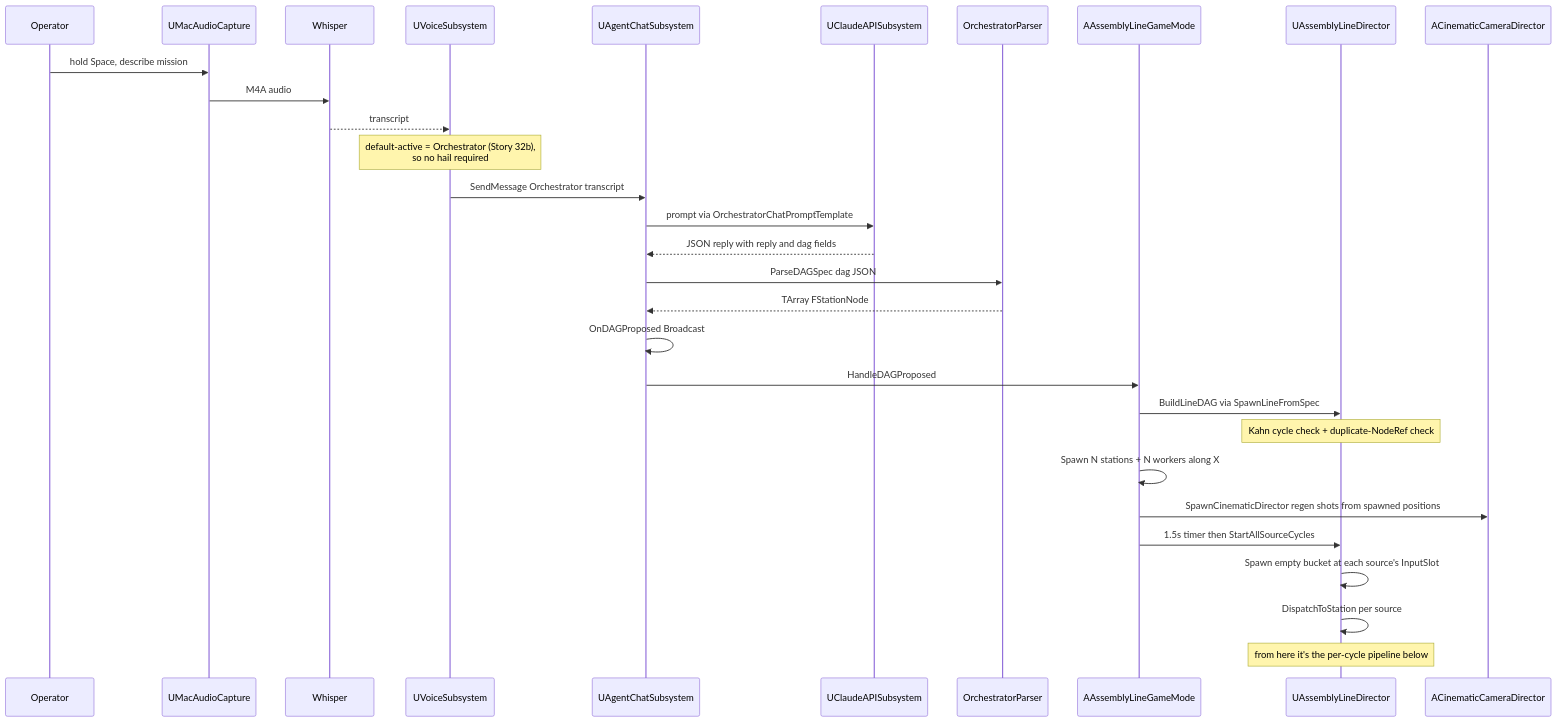
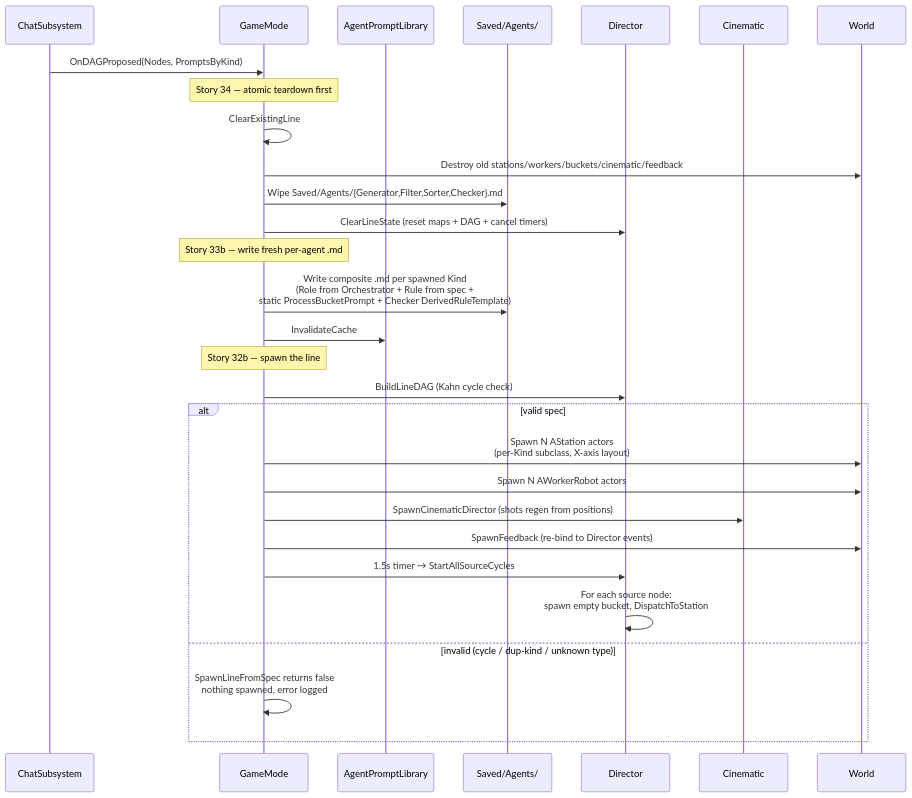
One commit to eyupgurel/AssemblyLineSimul changed the third of 13 diagrams in README.md. Above: the diagram before and after it, drawn with Mermaid. The commit also changed other lines of this file, not shown here.

First line of the commit message:
README: deep rework — DAG layer in detail + Stories 33-34

````diff
--- a/README.md
+++ b/README.md
@@ -229,33 +306,34 @@
 ```mermaid
 sequenceDiagram
-  participant U as Operator
-  participant Cap as UMacAudioCapture
-  participant W as Whisper
-  participant V as UVoiceSubsystem
-  participant Chat as UAgentChatSubsystem
-  participant CA as UClaudeAPISubsystem
-  participant Parser as OrchestratorParser
-  participant GM as AAssemblyLineGameMode
-  participant Dir as UAssemblyLineDirector
-  participant Cin as ACinematicCameraDirector
+  participant Chat as ChatSubsystem
+  participant GM as GameMode
+  participant Lib as AgentPromptLibrary
+  participant FS as Saved/Agents/
+  participant Dir as Director
+  participant Cin as Cinematic
+  participant World as World
 
-  U->>Cap: hold Space, describe mission
-  Cap->>W: M4A audio
-  W-->>V: transcript
-  Note over V: default-active = Orchestrator (Story 32b),<br/>so no hail required
-  V->>Chat: SendMessage Orchestrator transcript
-  Chat->>CA: prompt via OrchestratorChatPromptTemplate
-  CA-->>Chat: JSON reply with reply and dag fields
-  Chat->>Parser: ParseDAGSpec dag JSON
-  Parser-->>Chat: TArray FStationNode
-  Chat->>Chat: OnDAGProposed Broadcast
-  Chat->>GM: HandleDAGProposed
-  GM->>Dir: BuildLineDAG via SpawnLineFromSpec
-  Note over Dir: Kahn cycle check + duplicate-NodeRef check
-  GM->>GM: Spawn N stations + N workers along X
-  GM->>Cin: SpawnCinematicDirector regen shots from spawned positions
-  GM->>Dir: 1.5s timer then StartAllSourceCycles
-  Dir->>Dir: Spawn empty bucket at each source's InputSlot
-  Dir->>Dir: DispatchToStation per source
-  Note over Dir: from here it's the per-cycle pipeline below
+  Chat->>GM: OnDAGProposed(Nodes, PromptsByKind)
+  Note over GM: Story 34 — atomic teardown first
+  GM->>GM: ClearExistingLine
+  GM->>World: Destroy old stations/workers/buckets/cinematic/feedback
+  GM->>FS: Wipe Saved/Agents/{Generator,Filter,Sorter,Checker}.md
+  GM->>Dir: ClearLineState (reset maps + DAG + cancel timers)
+
+  Note over GM: Story 33b — write fresh per-agent .md
+  GM->>FS: Write composite .md per spawned Kind<br/>(Role from Orchestrator + Rule from spec +<br/>static ProcessBucketPrompt + Checker DerivedRuleTemplate)
+  GM->>Lib: InvalidateCache
+
+  Note over GM: Story 32b — spawn the line
+  GM->>Dir: BuildLineDAG (Kahn cycle check)
+  alt valid spec
+    GM->>World: Spawn N AStation actors<br/>(per-Kind subclass, X-axis layout)
+    GM->>World: Spawn N AWorkerRobot actors
+    GM->>Cin: SpawnCinematicDirector (shots regen from positions)
+    GM->>World: SpawnFeedback (re-bind to Director events)
+    GM->>Dir: 1.5s timer → StartAllSourceCycles
+    Dir->>Dir: For each source node:<br/>spawn empty bucket, DispatchToStation
+  else invalid (cycle / dup-kind / unknown type)
+    GM->>GM: SpawnLineFromSpec returns false<br/>nothing spawned, error logged
+  end
 ```
````
